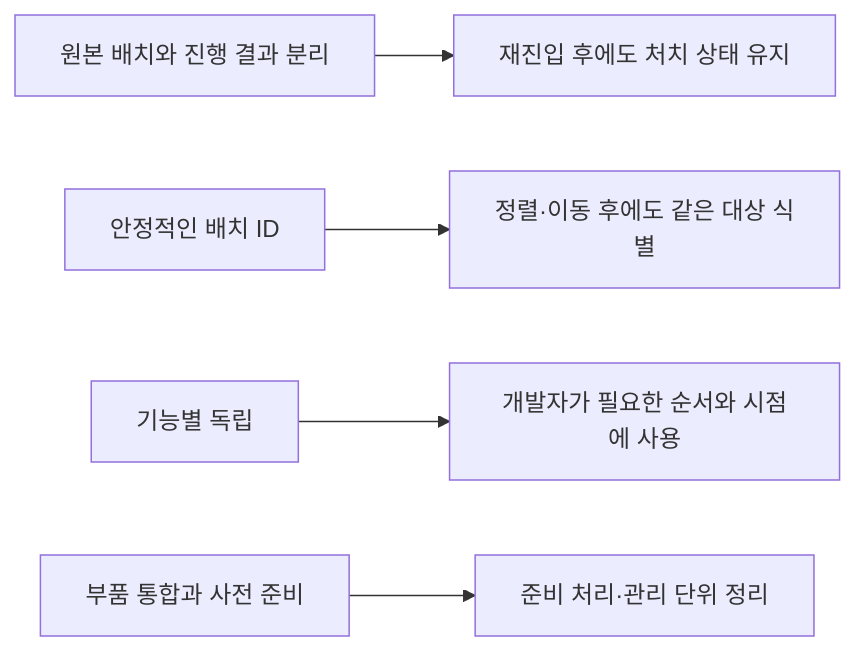
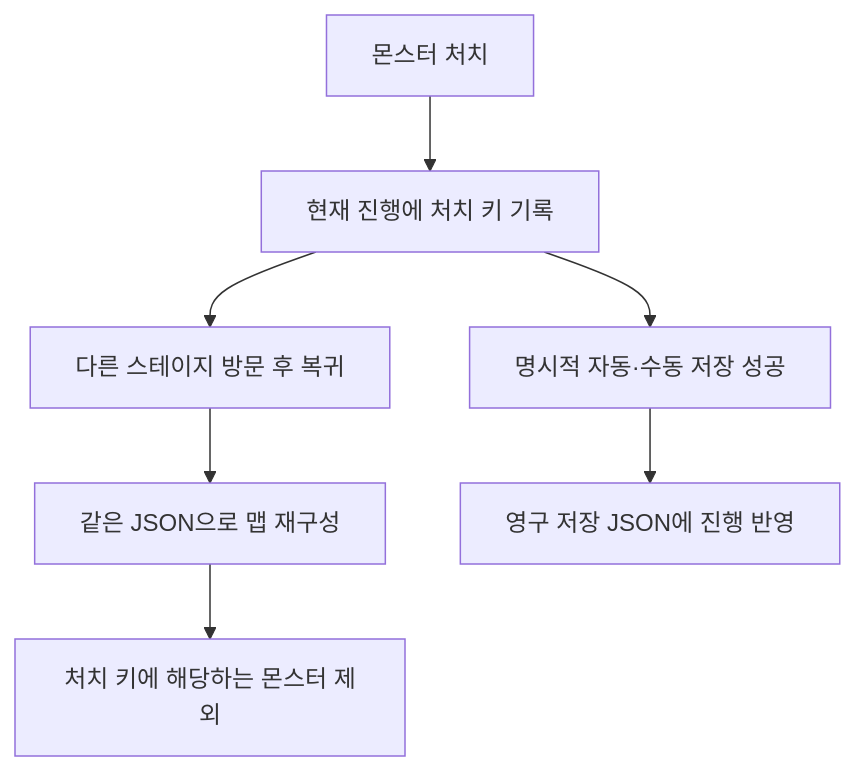
The fifth of 5 diagrams in Docs/맵 구성과 몬스터 배치 데이터 제안서.md (hyunho9228-web/DataSheet), drawn with Mermaid before and after one commit. The commit also changed other lines of this file and 1 other file, not shown here.

````diff
--- a/Docs/맵 구성과 몬스터 배치 데이터 제안서.md
+++ b/Docs/맵 구성과 몬스터 배치 데이터 제안서.md
@@ -333,7 +162,9 @@
 ```mermaid
-flowchart LR
-    A[원본 배치와 진행 결과 분리] --> B[재진입 후에도 처치 상태 유지]
-    C[안정적인 배치 ID] --> D[정렬·이동 후에도 같은 대상 식별]
-    E[기능별 독립] --> F[개발자가 필요한 순서와 시점에 사용]
-    G[부품 통합과 사전 준비] --> H[준비 처리·관리 단위 정리]
+flowchart TD
+    A[몬스터 처치] --> B[현재 진행에 처치 키 기록]
+    B --> C[다른 스테이지 방문 후 복귀]
+    C --> D[같은 JSON으로 맵 재구성]
+    D --> E[처치 키에 해당하는 몬스터 제외]
+    B --> F[명시적 자동·수동 저장 성공]
+    F --> G[영구 저장 JSON에 진행 반영]
 ```
````
